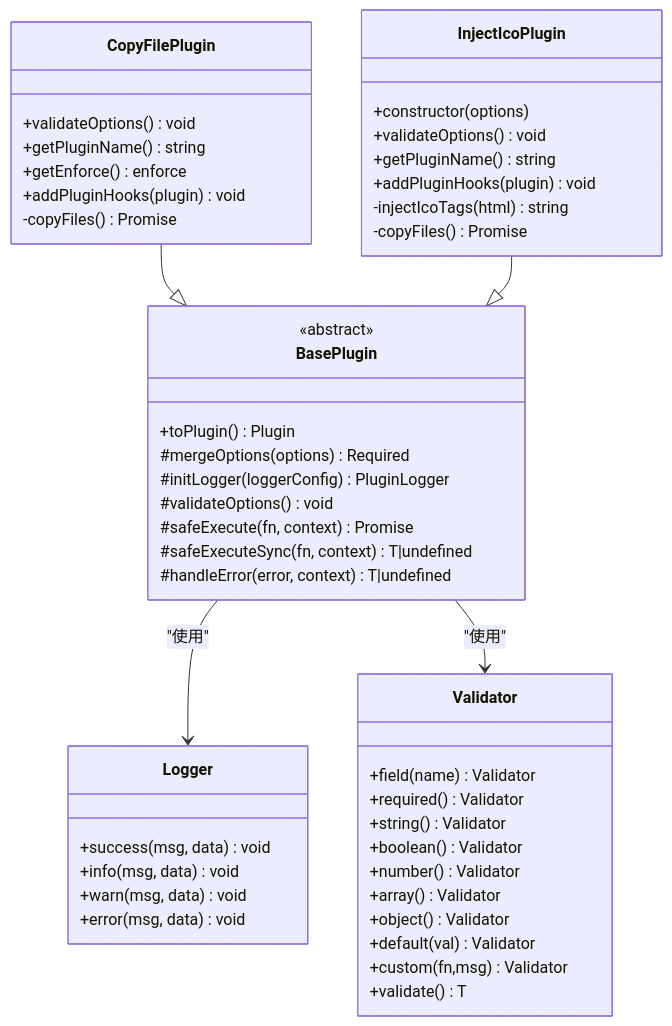
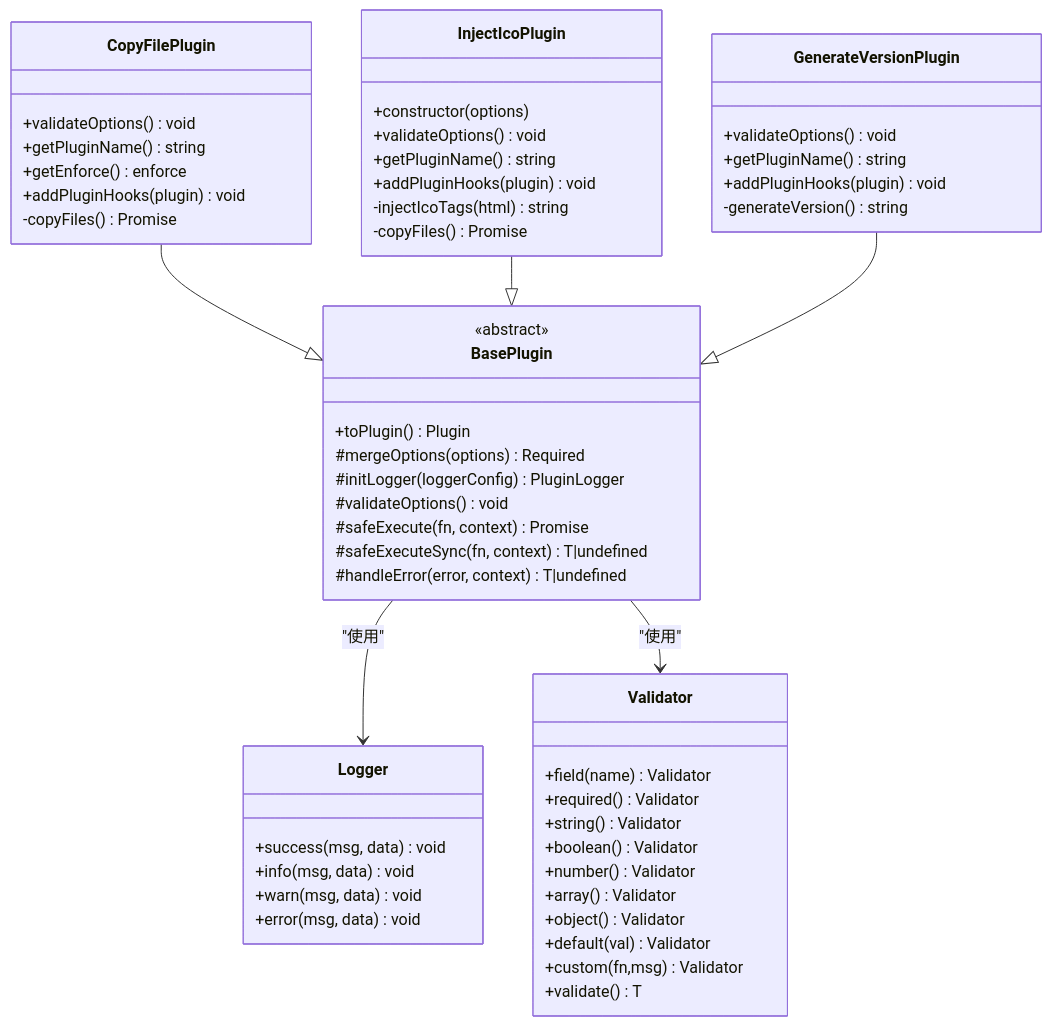
Before and after one commit to MengXi-Studio/vite-plugin: the second of 6 diagrams in .qoder/repowiki/zh/content/插件开发/插件开发.md, drawn with Mermaid. The commit also changed other lines of this file and 3 other files, not shown here.

````diff
--- a/.qoder/repowiki/zh/content/插件开发/插件开发.md
+++ b/.qoder/repowiki/zh/content/插件开发/插件开发.md
@@ -123,50 +115,57 @@
 ```mermaid
 classDiagram
 class BasePlugin {
 +toPlugin() Plugin
 #mergeOptions(options) Required<T>
 #initLogger(loggerConfig) PluginLogger
 #validateOptions() void
 #safeExecute(fn, context) Promise
 #safeExecuteSync(fn, context) T|undefined
 #handleError(error, context) T|undefined
 <<abstract>>
 }
 class CopyFilePlugin {
 +validateOptions() void
 +getPluginName() string
 +getEnforce() enforce
 +addPluginHooks(plugin) void
 -copyFiles() Promise<void>
 }
 class InjectIcoPlugin {
 +constructor(options)
 +validateOptions() void
 +getPluginName() string
 +addPluginHooks(plugin) void
 -injectIcoTags(html) string
 -copyFiles() Promise<void>
 }
+class GenerateVersionPlugin {
++validateOptions() void
++getPluginName() string
++addPluginHooks(plugin) void
+-generateVersion() string
+}
 class Logger {
 +success(msg, data) void
 +info(msg, data) void
 +warn(msg, data) void
 +error(msg, data) void
 }
 class Validator {
 +field(name) Validator
 +required() Validator
 +string() Validator
 +boolean() Validator
 +number() Validator
 +array() Validator
 +object() Validator
 +default(val) Validator
 +custom(fn,msg) Validator
 +validate() T
 }
 BasePlugin --> Logger : "使用"
 BasePlugin --> Validator : "使用"
 CopyFilePlugin --|> BasePlugin
 InjectIcoPlugin --|> BasePlugin
+GenerateVersionPlugin --|> BasePlugin
 ```
````
